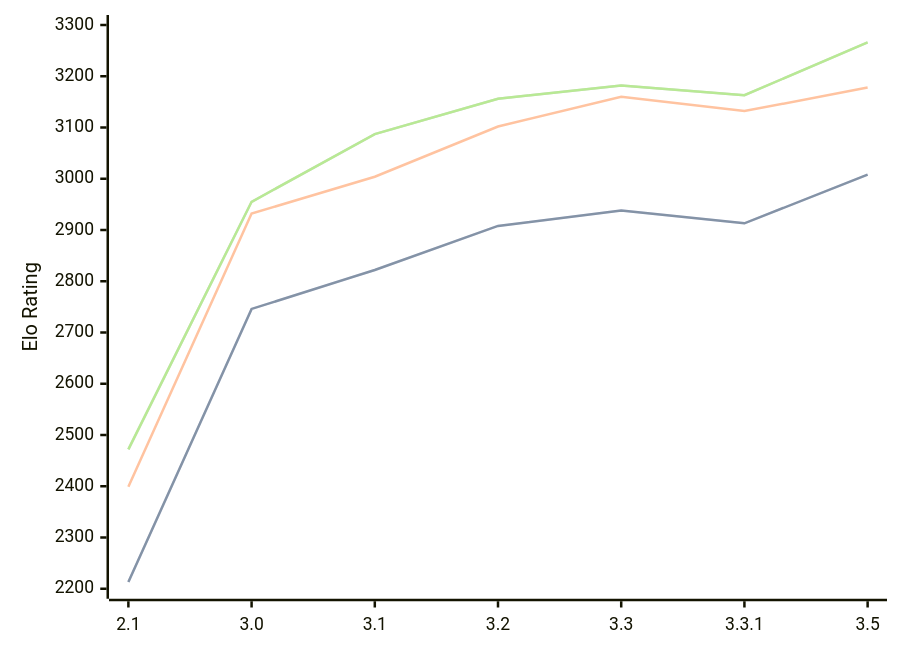
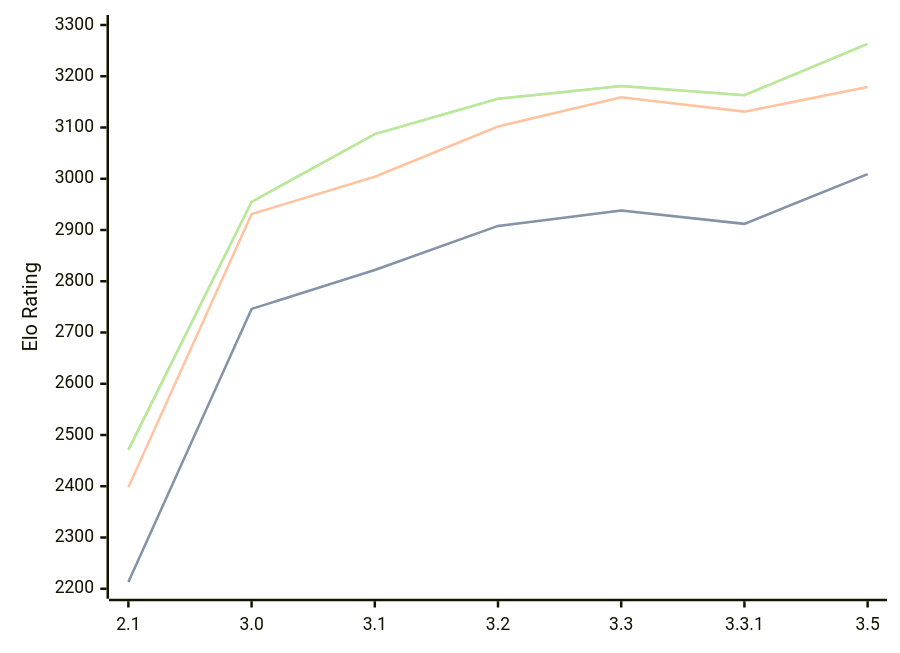
One commit to computer-chess-index/cci changed the diagram in engines/Petrel.md. Above: the diagram before and after it, drawn with Mermaid. The commit also changed other lines of this file, not shown here.

Commit message:
Update CCI Ratings (ELO VLTC) - 2026-08-03

````diff
--- a/engines/Petrel.md
+++ b/engines/Petrel.md
@@ -46,11 +46,11 @@
 ```mermaid
 %%{init: {"theme":"base","themeVariables":{"seriesColors:['#a3a3a3','#222221','#faa371']}}}%%
 xychart-beta
   x-axis ["2.1", "3.0", "3.1", "3.2", "3.3", "3.3.1", "3.5"]
   y-axis "Elo Rating" 2200 --> 3300
-  line "STC (8.0+0.08s)" [2213, 2746, 2822, 2908, 2938, 2913, 3008]
-  line "STC (8.0+0.08s)" [2213, 2746, 2822, 2908, 2938, 2913, 3008]
-  line "LTC (60.0+0.60s)" [2399, 2932, 3004, 3102, 3160, 3132, 3178]
-  line "VLTC (2m24s+1.12s)" [2472, 2955, 3087, 3156, 3182, 3163, 3266]
-  line "VLTC (2m24s+1.12s)" [2472, 2955, 3087, 3156, 3182, 3163, 3266]
+  line "STC (8.0+0.08s)" [2213, 2746, 2822, 2908, 2938, 2912, 3009]
+  line "STC (8.0+0.08s)" [2213, 2746, 2822, 2908, 2938, 2912, 3009]
+  line "LTC (60.0+0.60s)" [2398, 2931, 3004, 3102, 3159, 3131, 3179]
+  line "VLTC (2m24s+1.12s)" [2471, 2955, 3087, 3156, 3181, 3163, 3263]
+  line "VLTC (2m24s+1.12s)" [2471, 2955, 3087, 3156, 3181, 3163, 3263]
 ```
````
